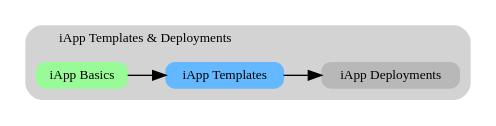
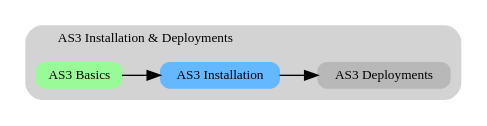
Before and after one commit to f5devcentral/f5-automation-labs: the diagram in docs/class1/module2/lab2.rst, drawn with Graphviz. The commit also changed other lines of this file and 224 other files, not shown here.

```diff
--- a/docs/class1/module2/lab2.rst
+++ b/docs/class1/module2/lab2.rst
@@ -4,19 +4,19 @@
 .. graphviz::
 
    digraph breadcrumb {
       rankdir="LR"
       ranksep=.4
       node [fontsize=10,style="rounded,filled",shape=box,color=gray72,margin="0.05,0.05",height=0.1]
       fontsize = 10
       labeljust="l"
       subgraph cluster_provider {
          style = "rounded,filled"
          color = lightgrey
          height = .75
-         label = "iApp Templates & Deployments"
-         basics [label="iApp Basics",color="palegreen"]
-         templates [label="iApp Templates",color="steelblue1"]
-         deployments [label="iApp Deployments"]
+         label = "AS3 Installation & Deployments"
+         basics [label="AS3 Basics",color="palegreen"]
+         templates [label="AS3 Installation",color="steelblue1"]
+         deployments [label="AS3 Deployments"]
          basics -> templates -> deployments
       }
    }
```
